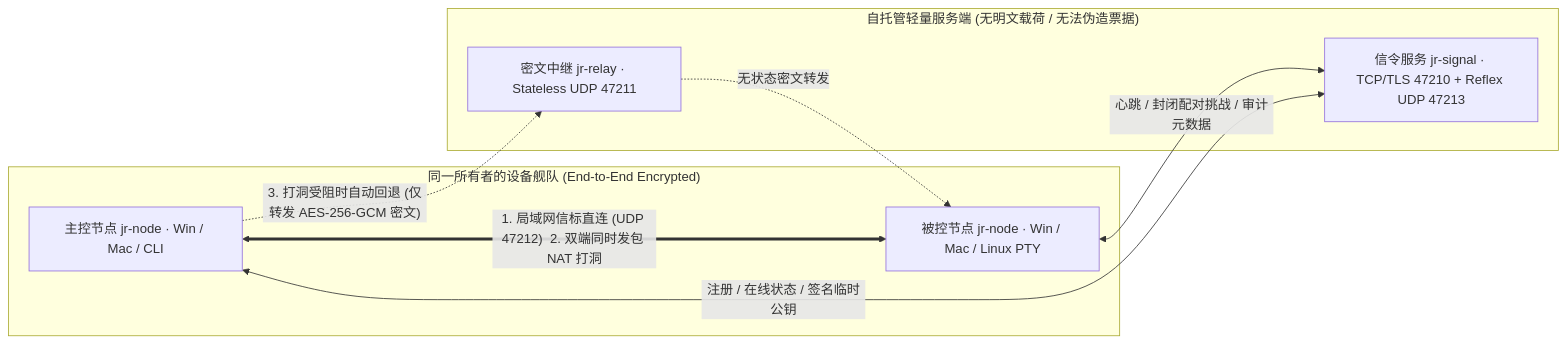
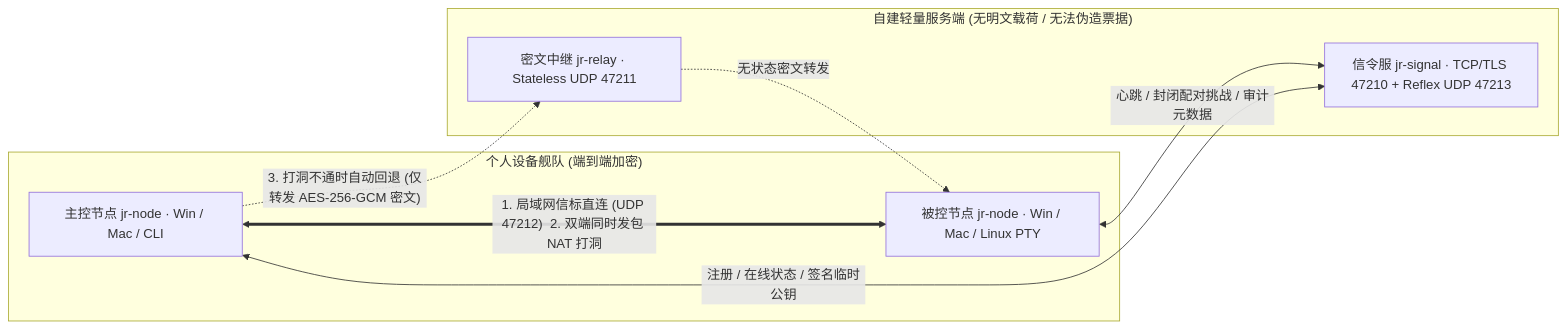
The diagram in README.md (ct-jaryn/jaryn-remote), drawn with Mermaid before and after one commit. The commit also changed other lines of this file and 4 other files, not shown here.

````diff
--- a/README.md
+++ b/README.md
@@ -84,18 +83,18 @@
 ```mermaid
 flowchart LR
-    subgraph Fleet["同一所有者的设备舰队 (End-to-End Encrypted)"]
+    subgraph Fleet["个人设备舰队 (端到端加密)"]
         C["主控节点 jr-node · Win / Mac / CLI"]
         H["被控节点 jr-node · Win / Mac / Linux PTY"]
     end
 
-    subgraph SelfHosted["自托管轻量服务端 (无明文载荷 / 无法伪造票据)"]
-        S["信令服务 jr-signal · TCP/TLS 47210 + Reflex UDP 47213"]
+    subgraph SelfHosted["自建轻量服务端 (无明文载荷 / 无法伪造票据)"]
+        S["信令服 jr-signal · TCP/TLS 47210 + Reflex UDP 47213"]
         R["密文中继 jr-relay · Stateless UDP 47211"]
     end
 
     C <-->|"注册 / 在线状态 / 签名临时公钥"| S
     H <-->|"心跳 / 封闭配对挑战 / 审计元数据"| S
     C <==>|"1. 局域网信标直连 (UDP 47212)  2. 双端同时发包 NAT 打洞"| H
-    C -.->|"3. 打洞受阻时自动回退 (仅转发 AES-256-GCM 密文)"| R
+    C -.->|"3. 打洞不通时自动回退 (仅转发 AES-256-GCM 密文)"| R
     R -.->|"无状态密文转发"| H
 ```
````
